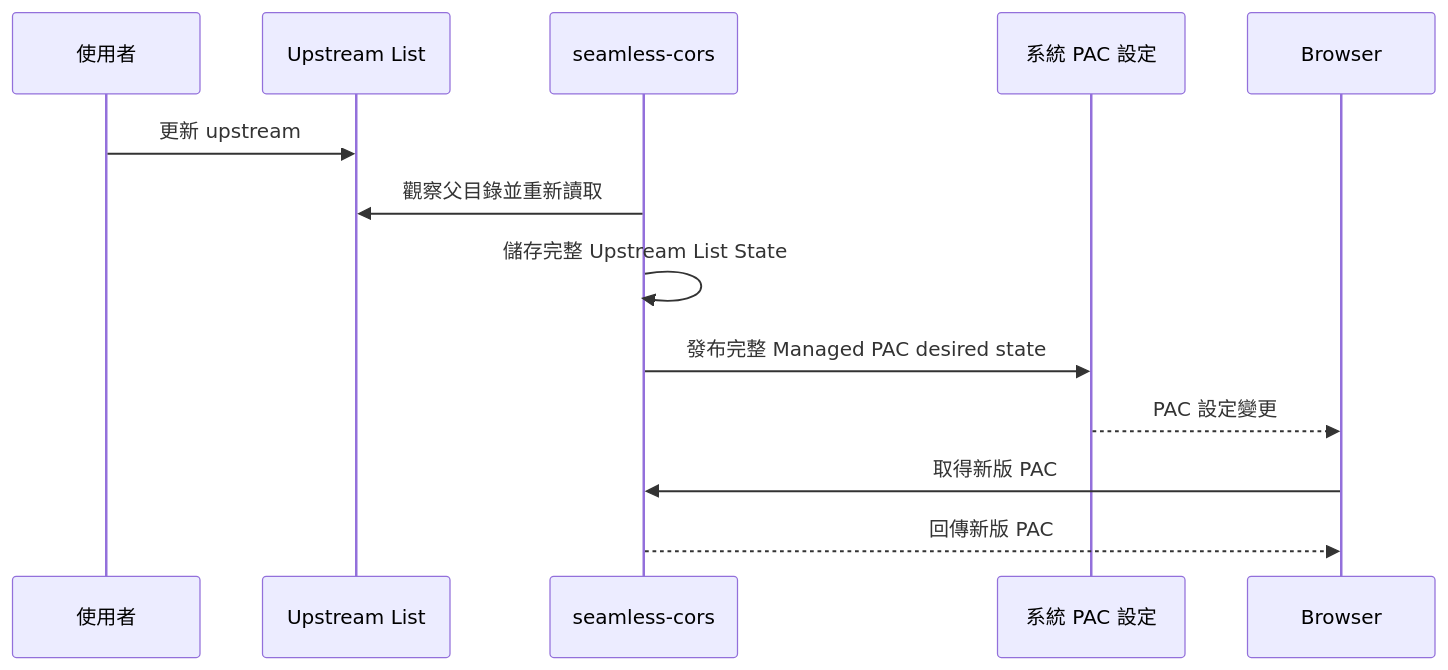
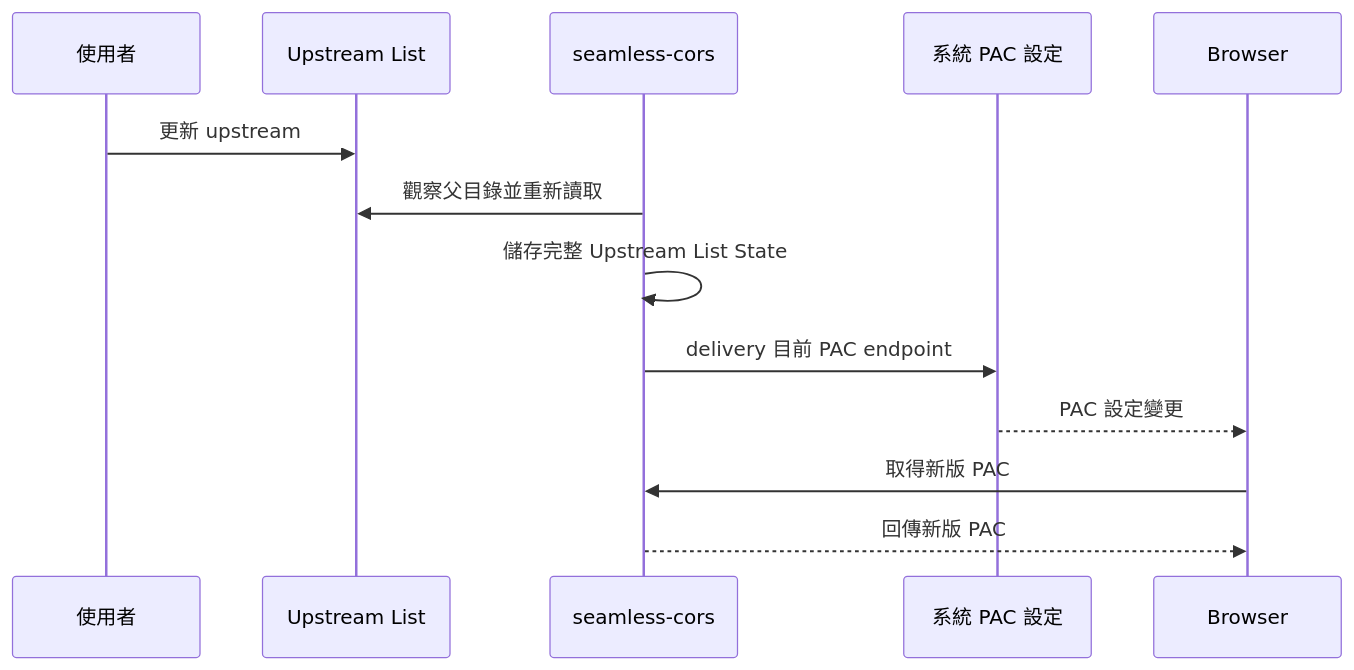
One commit to QzCurious/Go-CORS-Proxy changed the third of 8 diagrams in diagrams/v5.md. Above: the diagram before and after it, drawn with Mermaid. The commit also changed other lines of this file and 49 other files, not shown here.

Commit message:
refactor: simplify system PAC lifecycle

````diff
--- a/diagrams/v5.md
+++ b/diagrams/v5.md
@@ -36,16 +36,16 @@
 ```mermaid
 sequenceDiagram
   participant User as 使用者
   participant UpstreamList as Upstream List
   participant SeamlessCors as seamless-cors
   participant SystemPAC as 系統 PAC 設定
   participant Browser
 
   User->>UpstreamList: 更新 upstream
 	SeamlessCors->>UpstreamList: 觀察父目錄並重新讀取
 	SeamlessCors->>SeamlessCors: 儲存完整 Upstream List State
-	SeamlessCors->>SystemPAC: 發布完整 Managed PAC desired state
+	SeamlessCors->>SystemPAC: delivery 目前 PAC endpoint
 	SystemPAC-->>Browser: PAC 設定變更
   Browser->>SeamlessCors: 取得新版 PAC
   SeamlessCors-->>Browser: 回傳新版 PAC
 ```
````
